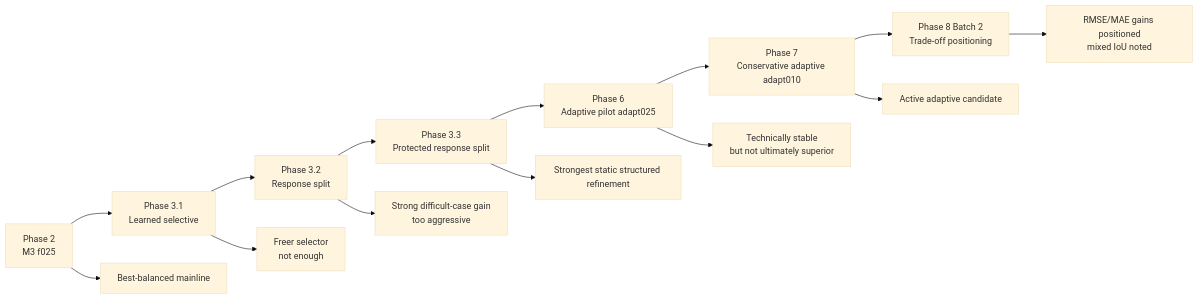
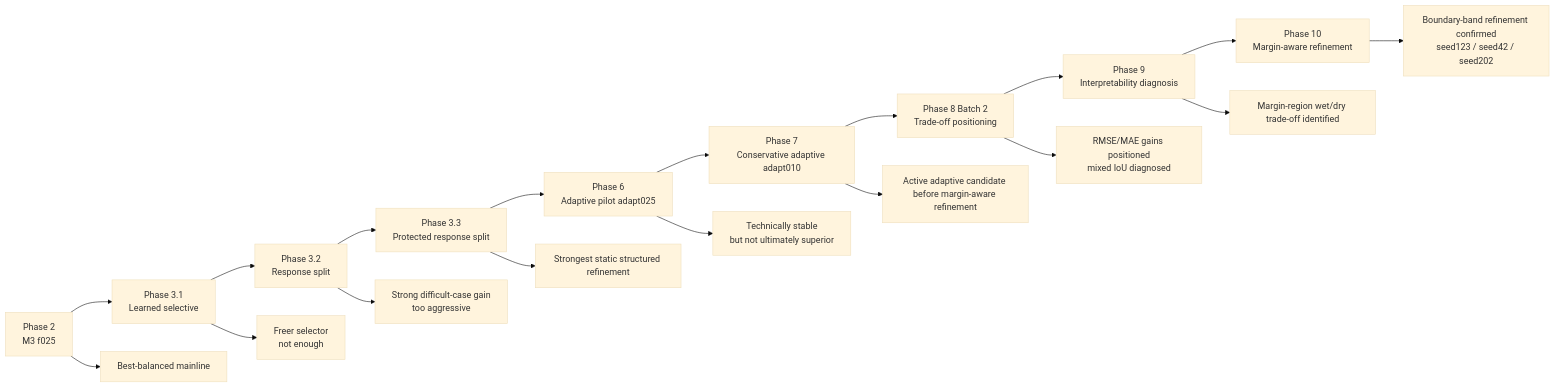
One commit to HolyLin990604/physics-guided-urban-flood-prediction changed the second of 3 diagrams in README.md. Above: the diagram before and after it, drawn with Mermaid (base theme). The commit also changed other lines of this file and 2 other files, not shown here.

Commit message:
docs: sync phase10 consolidation status

````diff
--- a/README.md
+++ b/README.md
@@ -28,17 +28,21 @@
 ```mermaid
 flowchart LR
     A[Phase 2<br/>M3 f025] --> B[Phase 3.1<br/>Learned selective]
     B --> C[Phase 3.2<br/>Response split]
     C --> D[Phase 3.3<br/>Protected response split]
     D --> E[Phase 6<br/>Adaptive pilot adapt025]
     E --> F[Phase 7<br/>Conservative adaptive adapt010]
     F --> G[Phase 8 Batch 2<br/>Trade-off positioning]
+    G --> H[Phase 9<br/>Interpretability diagnosis]
+    H --> I[Phase 10<br/>Margin-aware refinement]
 
     A --> A1[Best-balanced mainline]
     B --> B1[Freer selector<br/>not enough]
     C --> C1[Strong difficult-case gain<br/>too aggressive]
     D --> D1[Strongest static structured refinement]
     E --> E1[Technically stable<br/>but not ultimately superior]
-    F --> F1[Active adaptive candidate]
-    G --> G1[RMSE/MAE gains positioned<br/>mixed IoU noted]
+    F --> F1[Active adaptive candidate before margin-aware refinement]
+    G --> G1[RMSE/MAE gains positioned<br/>mixed IoU diagnosed]
+    H --> H1[Margin-region wet/dry trade-off identified]
+    I --> I1[Boundary-band refinement confirmed<br/>seed123 / seed42 / seed202]
 ```
````
